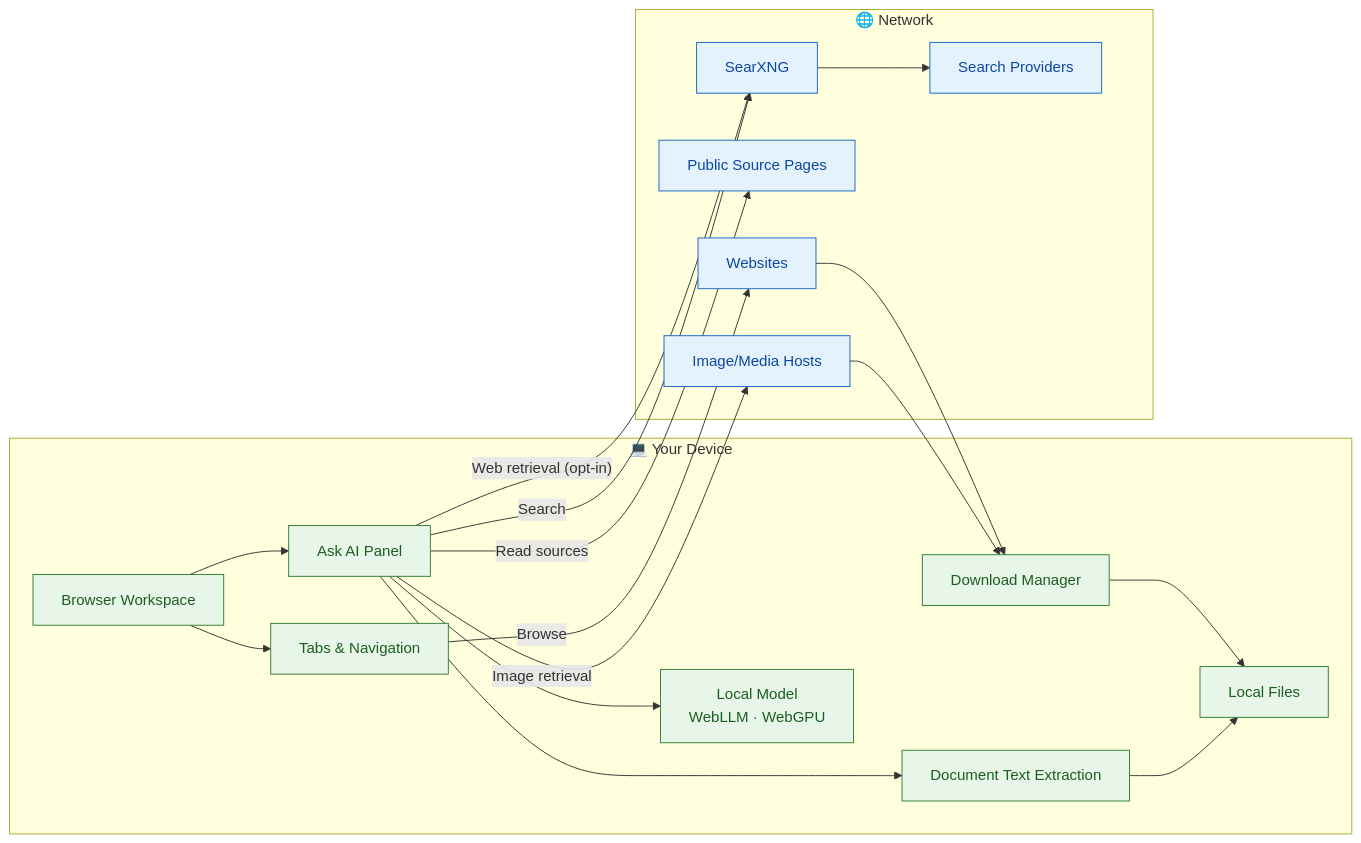
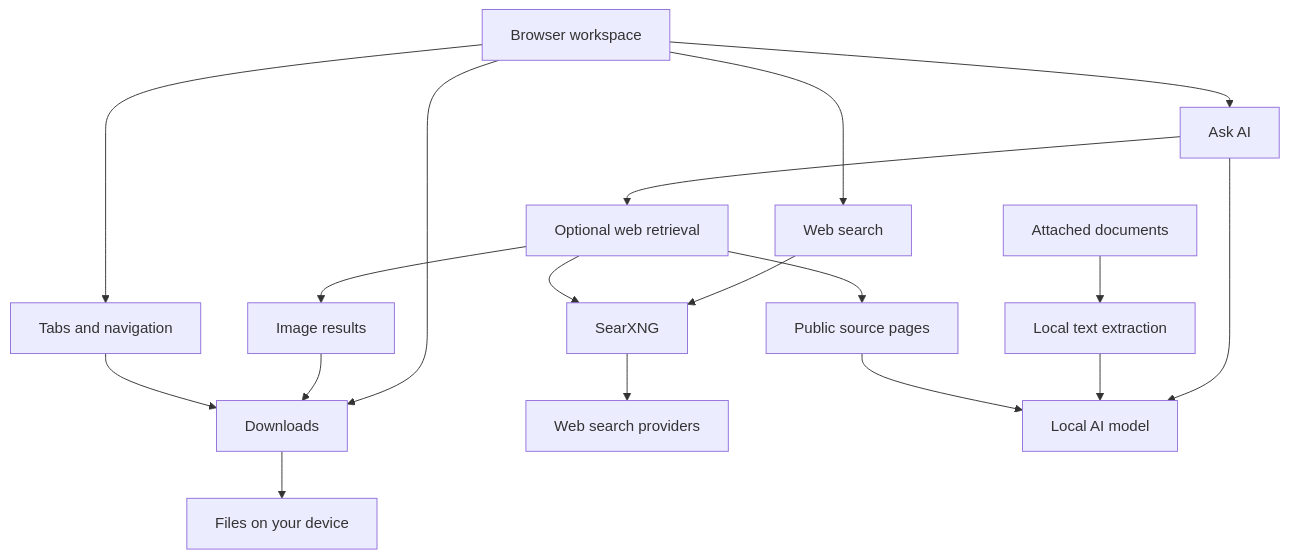
The diagram in README.md (sande231/Sovereign-Browser), drawn with Mermaid before and after one commit. The commit also changed other lines of this file and 7 other files, not shown here.

````diff
--- a/README.md
+++ b/README.md
@@ -63,38 +45,24 @@
 ```mermaid
-flowchart LR
-  subgraph Device["💻 Your Device"]
-    Workspace["Browser Workspace"]
-    Tabs["Tabs & Navigation"]
-    Ask["Ask AI Panel"]
-    Model["Local Model<br/>WebLLM · WebGPU"]
-    Extract["Document Text Extraction"]
-    Downloads["Download Manager"]
-    Files["Local Files"]
-  end
+flowchart TD
+    U["Browser workspace"] --> B["Tabs and navigation"]
+    U --> S["Web search"]
+    U --> A["Ask AI"]
+    U --> D["Downloads"]
 
-  subgraph Network["🌐 Network"]
-    SearXNG["SearXNG"] --> Providers["Search Providers"]
-    SourcePages["Public Source Pages"]
-    MediaHosts["Image/Media Hosts"]
-    Websites["Websites"]
-  end
+    S --> X["SearXNG"]
+    X --> W["Web search providers"]
 
-  Workspace --> Tabs
-  Workspace --> Ask
-  Ask --> Model
-  Ask --> Extract
-  Extract --> Files
-  Downloads --> Files
-  Ask -- "Search" --> SearXNG
-  Ask -- "Web retrieval (opt-in)" --> SearXNG
-  Ask -- "Read sources" --> SourcePages
-  Ask -- "Image retrieval" --> MediaHosts
-  Tabs -- "Browse" --> Websites
-  MediaHosts --> Downloads
-  Websites --> Downloads
+    A --> L["Local AI model"]
+    F["Attached documents"] --> E["Local text extraction"]
+    E --> L
 
-  classDef local fill:#e8f5e9,stroke:#2e7d32,color:#1b5e20;
-  classDef network fill:#e3f2fd,stroke:#1565c0,color:#0d47a1;
-  class Workspace,Tabs,Ask,Model,Extract,Downloads,Files local;
-  class SearXNG,Providers,SourcePages,MediaHosts,Websites network;
+    A --> R["Optional web retrieval"]
+    R --> X
+    R --> P["Public source pages"]
+    R --> M["Image results"]
+    P --> L
+
+    M --> D
+    B --> D
+    D --> O["Files on your device"]
 ```
````
